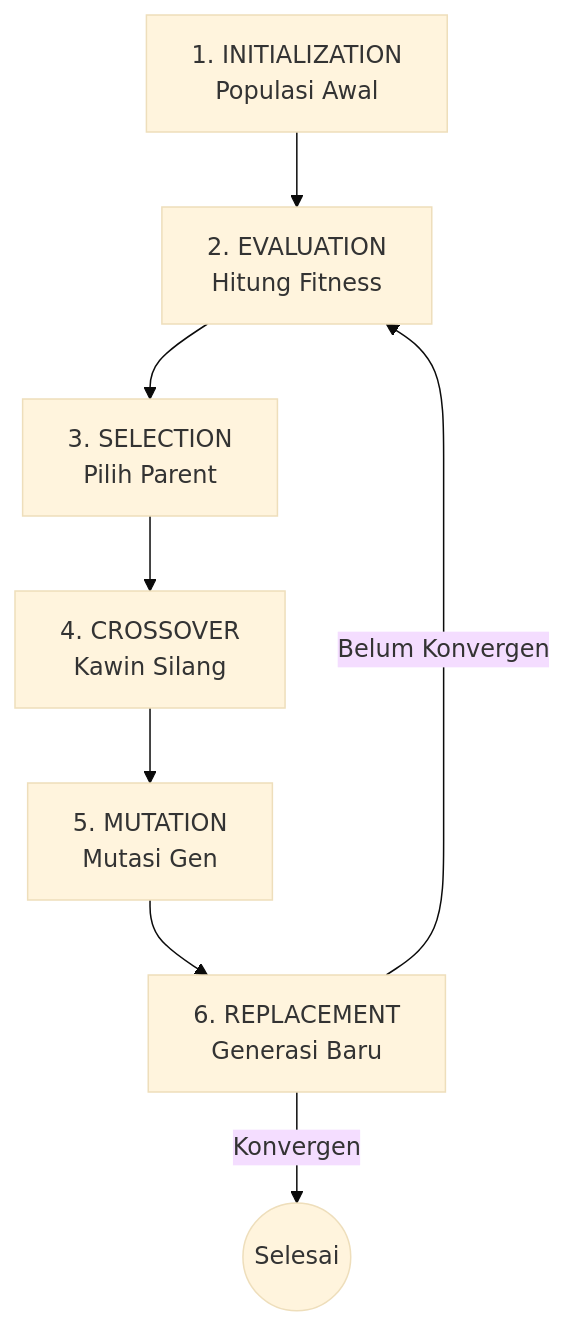
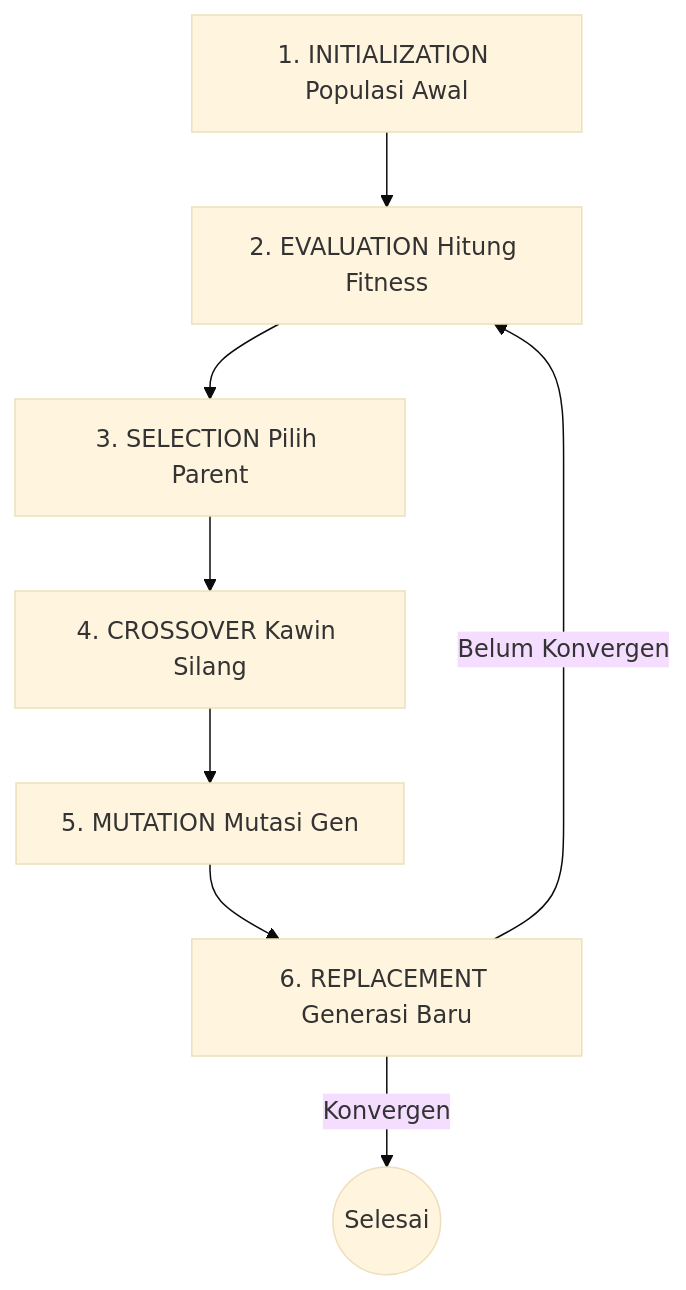
One commit to antonprafanto/dasarAI2026 changed diagram 12 of 12 in bab-04-pencarian.md. Above: the diagram before and after it, drawn with Mermaid (base theme). The commit also changed other lines of this file and 3 other files, not shown here.

Commit message:
Fix: Replace br tags in Mermaid diagrams with quoted labels

````diff
--- a/bab-04-pencarian.md
+++ b/bab-04-pencarian.md
@@ -740,10 +740,10 @@
 ```mermaid
 flowchart TD
-    Init[1. INITIALIZATION<br/>Populasi Awal] --> Eval[2. EVALUATION<br/>Hitung Fitness]
-    Eval --> Select[3. SELECTION<br/>Pilih Parent]
-    Select --> Cross[4. CROSSOVER<br/>Kawin Silang]
-    Cross --> Mut[5. MUTATION<br/>Mutasi Gen]
-    Mut --> Replace[6. REPLACEMENT<br/>Generasi Baru]
+    Init["1. INITIALIZATION Populasi Awal"] --> Eval["2. EVALUATION Hitung Fitness"]
+    Eval --> Select["3. SELECTION Pilih Parent"]
+    Select --> Cross["4. CROSSOVER Kawin Silang"]
+    Cross --> Mut["5. MUTATION Mutasi Gen"]
+    Mut --> Replace["6. REPLACEMENT Generasi Baru"]
     Replace -->|Belum Konvergen| Eval
     Replace -->|Konvergen| Finish((Selesai))
 ```
````
